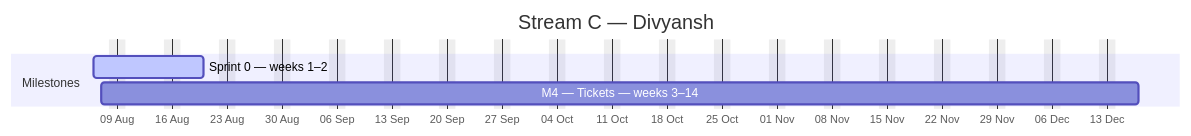
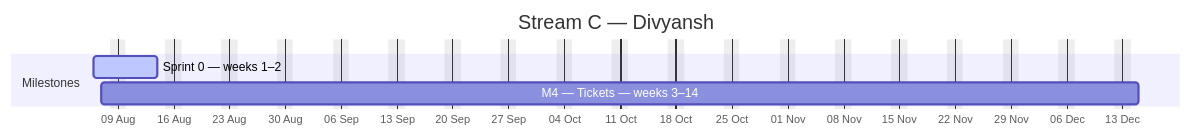
The third of 4 diagrams in docs/plan/GANTT.md (debashisedunext/EduTrack), drawn with Mermaid before and after one commit. The commit also changed other lines of this file and 3 other files, not shown here.

````diff
--- a/docs/plan/GANTT.md
+++ b/docs/plan/GANTT.md
@@ -162,10 +158,10 @@
 ```mermaid
 gantt
     dateFormat YYYY-MM-DD
     axisFormat %d %b
     title Stream C — Divyansh
     excludes weekends
     section Milestones
-    Sprint 0 — weeks 1–2 :active, c0, 2026-08-06, 10d
-    M4 — Tickets — weeks 3–14 :c1, 2026-08-07, 94d
+    Sprint 0 — weeks 1–2 :active, c0, 2026-08-06, 6d
+    M4 — Tickets — weeks 3–14 :c1, 2026-08-07, 92d
 ```
````
